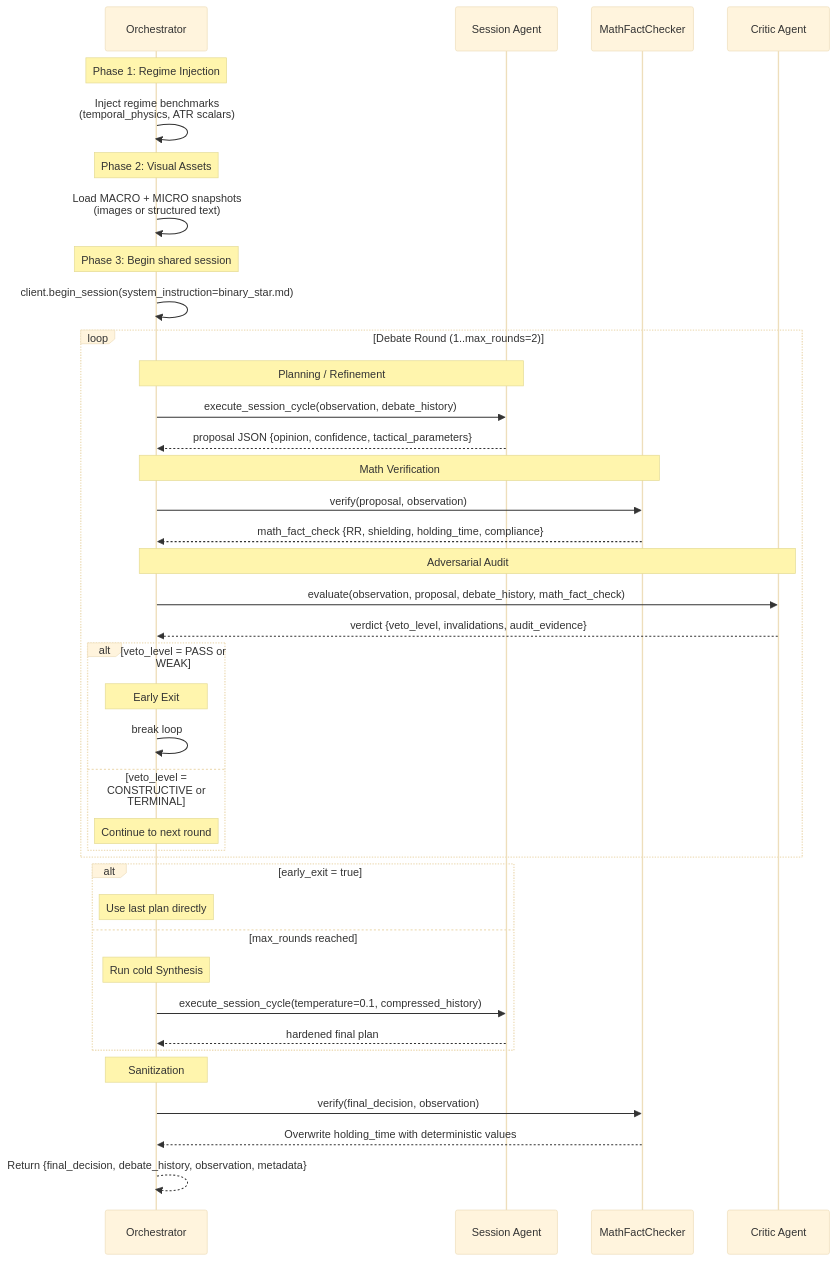
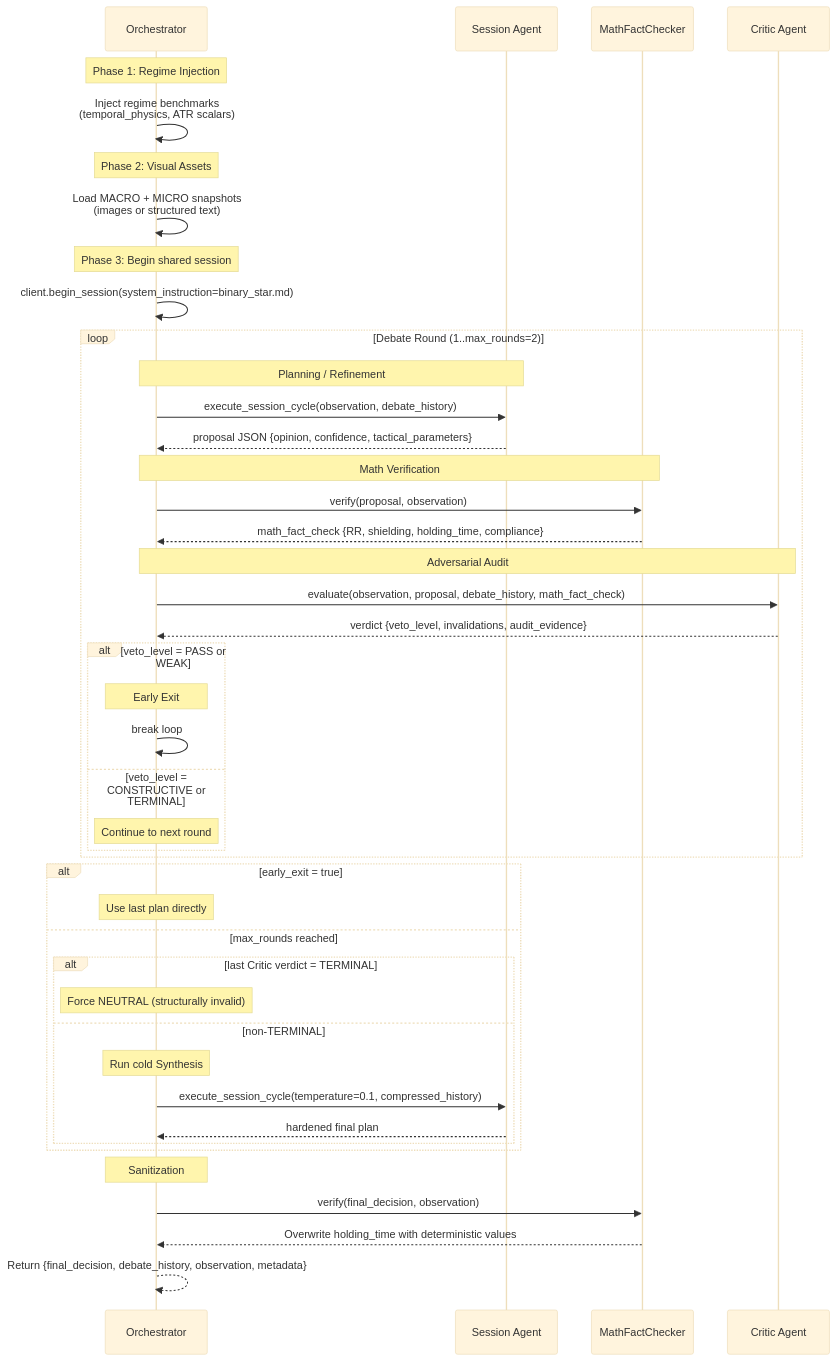
Before and after one commit to jiangyang5157/binary-star: the second of 12 diagrams in docs/binary_star.md, drawn with Mermaid (base theme). The commit also changed other lines of this file and 3 other files, not shown here.

Commit message:
refactor: replace forced convergence with NEUTRAL override for unresolved TERMINAL verdicts in debate protocol

````diff
--- a/docs/binary_star.md
+++ b/docs/binary_star.md
@@ -84,50 +84,54 @@
 ```mermaid
 sequenceDiagram
     participant O as Orchestrator
     participant S as Session Agent
     participant M as MathFactChecker
     participant C as Critic Agent
 
     Note over O: Phase 1: Regime Injection
     O->>O: Inject regime benchmarks<br/>(temporal_physics, ATR scalars)
 
     Note over O: Phase 2: Visual Assets
     O->>O: Load MACRO + MICRO snapshots<br/>(images or structured text)
 
     Note over O: Phase 3: Begin shared session
     O->>O: client.begin_session(system_instruction=binary_star.md)
 
     loop Debate Round (1..max_rounds=2)
         Note over O,S: Planning / Refinement
         O->>S: execute_session_cycle(observation, debate_history)
         S-->>O: proposal JSON {opinion, confidence, tactical_parameters}
 
         Note over O,M: Math Verification
         O->>M: verify(proposal, observation)
         M-->>O: math_fact_check {RR, shielding, holding_time, compliance}
 
         Note over O,C: Adversarial Audit
         O->>C: evaluate(observation, proposal, debate_history, math_fact_check)
         C-->>O: verdict {veto_level, invalidations, audit_evidence}
 
         alt veto_level = PASS or WEAK
             Note over O: Early Exit
             O->>O: break loop
         else veto_level = CONSTRUCTIVE or TERMINAL
             Note over O: Continue to next round
         end
     end
 
     alt early_exit = true
         Note over O: Use last plan directly
     else max_rounds reached
-        Note over O: Run cold Synthesis
-        O->>S: execute_session_cycle(temperature=0.1, compressed_history)
-        S-->>O: hardened final plan
+        alt last Critic verdict = TERMINAL
+            Note over O: Force NEUTRAL (structurally invalid)
+        else non-TERMINAL
+            Note over O: Run cold Synthesis
+            O->>S: execute_session_cycle(temperature=0.1, compressed_history)
+            S-->>O: hardened final plan
+        end
     end
 
     Note over O: Sanitization
     O->>M: verify(final_decision, observation)
     M-->>O: Overwrite holding_time with deterministic values
     O-->>O: Return {final_decision, debate_history, observation, metadata}
 ```
````
